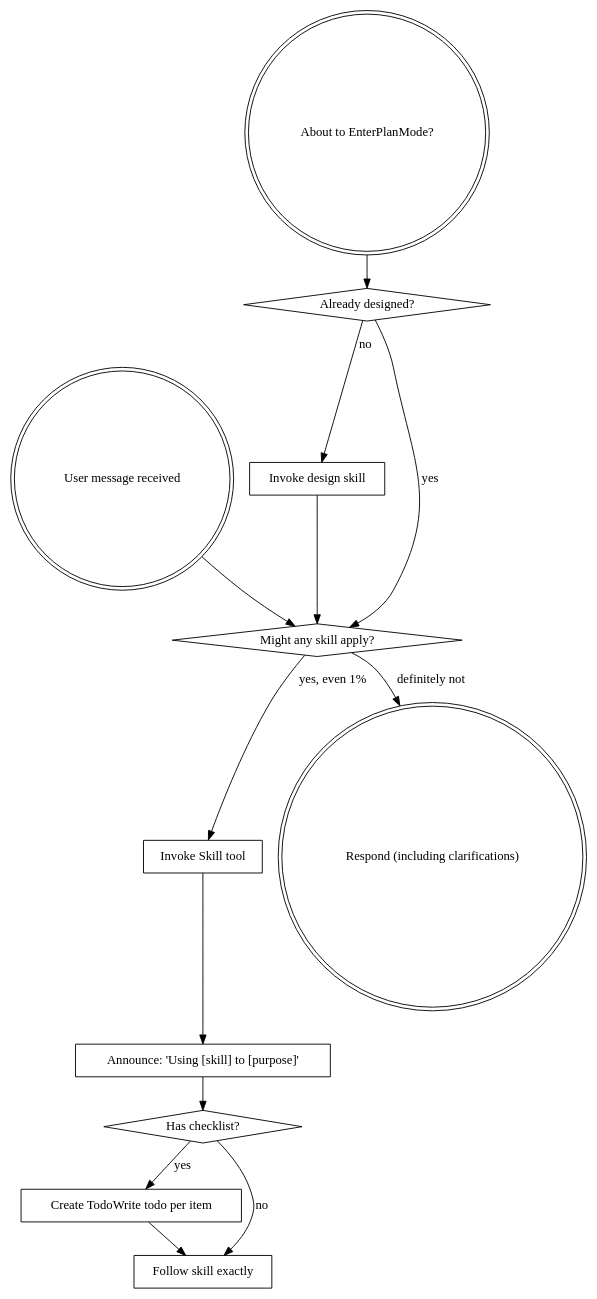
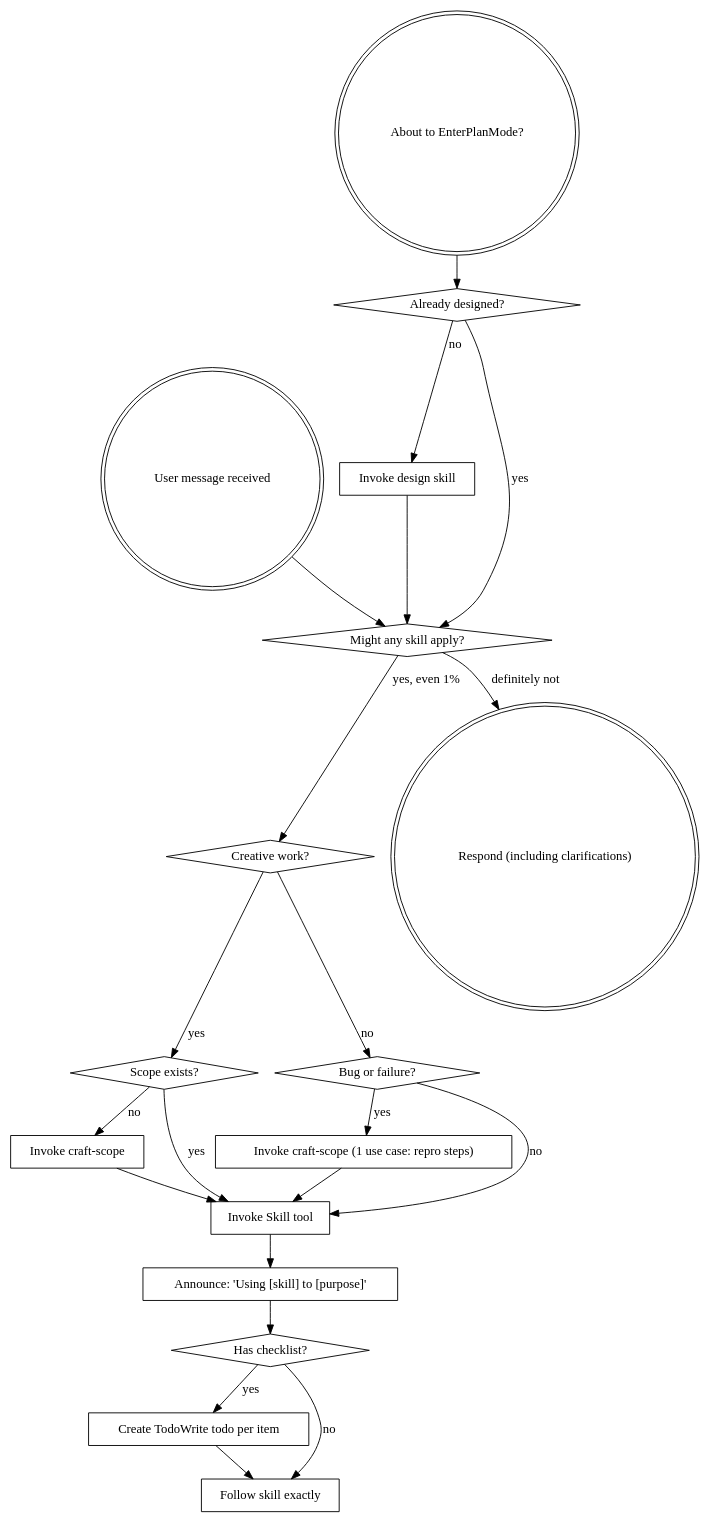
One commit to knotmark-ai/devmuse changed the diagram in rules/bootstrap.md. Above: the diagram before and after it, drawn with Graphviz. The commit also changed other lines of this file, not shown here.

Commit message:
feat: add craft-scope as highest-priority process skill in bootstrap

````diff
--- a/rules/bootstrap.md
+++ b/rules/bootstrap.md
@@ -38,29 +38,42 @@
 ```dot
 digraph skill_flow {
     "User message received" [shape=doublecircle];
     "About to EnterPlanMode?" [shape=doublecircle];
     "Already designed?" [shape=diamond];
     "Invoke design skill" [shape=box];
     "Might any skill apply?" [shape=diamond];
+    "Creative work?" [shape=diamond];
+    "Scope exists?" [shape=diamond];
+    "Bug or failure?" [shape=diamond];
+    "Invoke craft-scope (1 use case: repro steps)" [shape=box];
+    "Invoke craft-scope" [shape=box];
     "Invoke Skill tool" [shape=box];
     "Announce: 'Using [skill] to [purpose]'" [shape=box];
     "Has checklist?" [shape=diamond];
     "Create TodoWrite todo per item" [shape=box];
     "Follow skill exactly" [shape=box];
     "Respond (including clarifications)" [shape=doublecircle];
 
     "About to EnterPlanMode?" -> "Already designed?";
     "Already designed?" -> "Invoke design skill" [label="no"];
     "Already designed?" -> "Might any skill apply?" [label="yes"];
     "Invoke design skill" -> "Might any skill apply?";
 
     "User message received" -> "Might any skill apply?";
-    "Might any skill apply?" -> "Invoke Skill tool" [label="yes, even 1%"];
+    "Might any skill apply?" -> "Creative work?" [label="yes, even 1%"];
     "Might any skill apply?" -> "Respond (including clarifications)" [label="definitely not"];
+    "Creative work?" -> "Scope exists?" [label="yes"];
+    "Creative work?" -> "Bug or failure?" [label="no"];
+    "Scope exists?" -> "Invoke craft-scope" [label="no"];
+    "Scope exists?" -> "Invoke Skill tool" [label="yes"];
+    "Bug or failure?" -> "Invoke craft-scope (1 use case: repro steps)" [label="yes"];
+    "Bug or failure?" -> "Invoke Skill tool" [label="no"];
+    "Invoke craft-scope" -> "Invoke Skill tool";
+    "Invoke craft-scope (1 use case: repro steps)" -> "Invoke Skill tool";
     "Invoke Skill tool" -> "Announce: 'Using [skill] to [purpose]'";
     "Announce: 'Using [skill] to [purpose]'" -> "Has checklist?";
     "Has checklist?" -> "Create TodoWrite todo per item" [label="yes"];
     "Has checklist?" -> "Follow skill exactly" [label="no"];
     "Create TodoWrite todo per item" -> "Follow skill exactly";
 }
 ```
````
